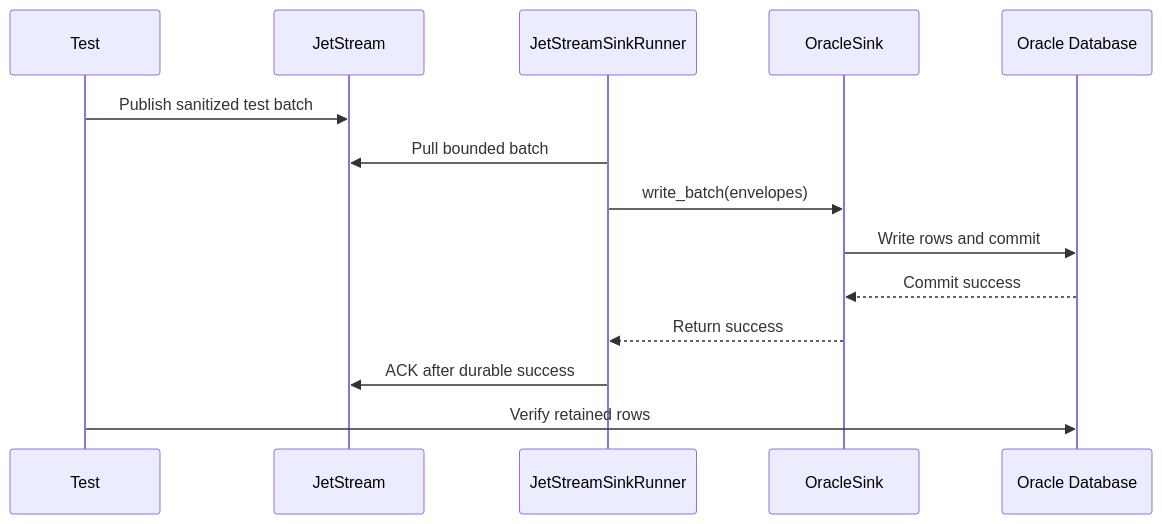
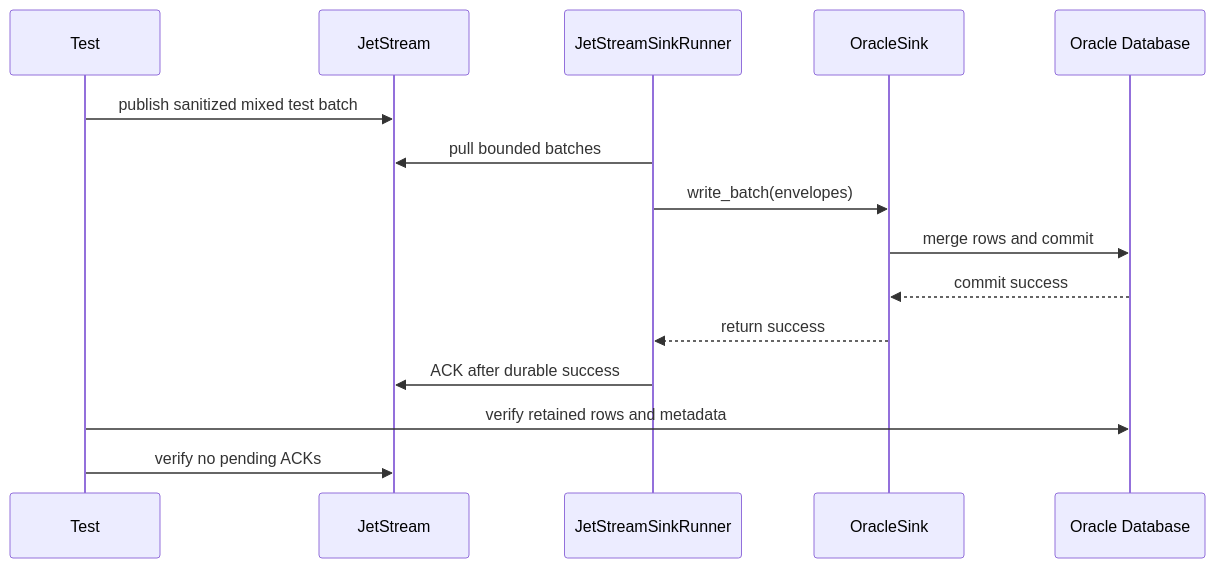
Before and after one commit to ProjectCuillin/nats-sinks: the third of 4 diagrams in docs/test-report.md, drawn with Mermaid. The commit also changed other lines of this file and 53 other files, not shown here.

````diff
--- a/docs/test-report.md
+++ b/docs/test-report.md
@@ -126,17 +171,18 @@
 ```mermaid
 sequenceDiagram
     participant T as Test
     participant N as JetStream
     participant R as JetStreamSinkRunner
     participant O as OracleSink
     participant DB as Oracle Database
 
-    T->>N: Publish sanitized test batch
-    R->>N: Pull bounded batch
+    T->>N: publish sanitized mixed test batch
+    R->>N: pull bounded batches
     R->>O: write_batch(envelopes)
-    O->>DB: Write rows and commit
-    DB-->>O: Commit success
-    O-->>R: Return success
+    O->>DB: merge rows and commit
+    DB-->>O: commit success
+    O-->>R: return success
     R->>N: ACK after durable success
-    T->>DB: Verify retained rows
+    T->>DB: verify retained rows and metadata
+    T->>N: verify no pending ACKs
 ```
````
